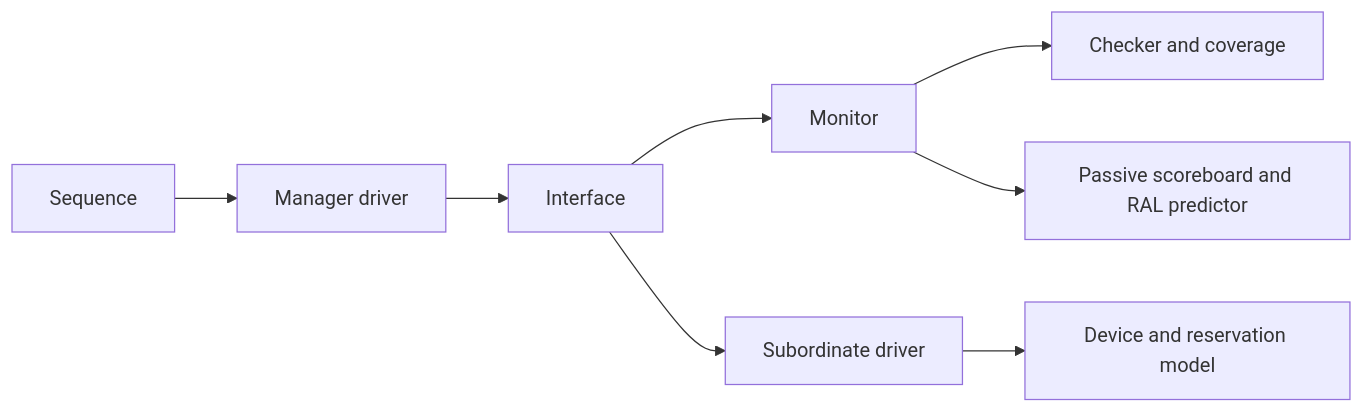
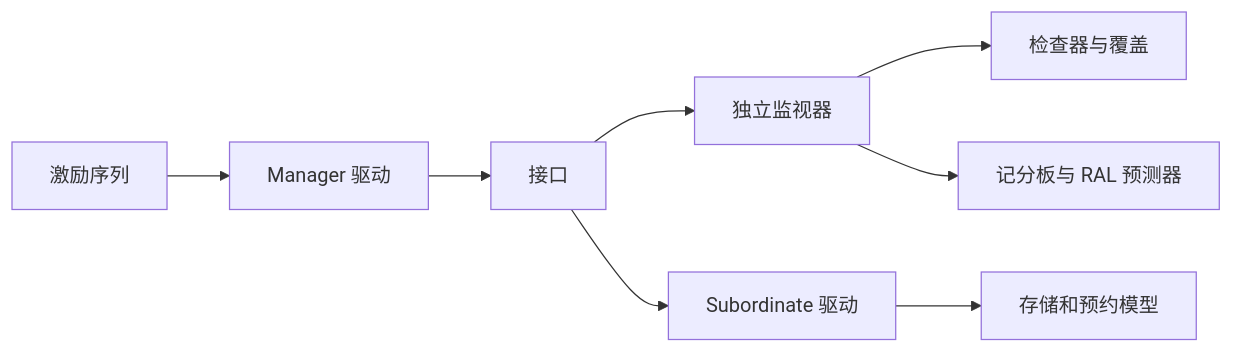
Before and after one commit to boyangwang1991-design/aixsilicon_vip_repo: the diagram in vip/amba/ahb/docs/architecture.md, drawn with Mermaid. The commit also changed other lines of this file and 1207 other files, not shown here.

````diff
--- a/vip/amba/ahb/docs/architecture.md
+++ b/vip/amba/ahb/docs/architecture.md
@@ -8,7 +13,7 @@
 ```mermaid
 flowchart LR
- S[Sequence] --> D[Manager driver] --> I[Interface]
- I --> M[Monitor] --> C[Checker and coverage]
- I --> T[Subordinate driver] --> B[Device and reservation model]
- M --> R[Passive scoreboard and RAL predictor]
+ S[激励序列] --> D[Manager 驱动] --> I[接口]
+ I --> M[独立监视器] --> C[检查器与覆盖]
+ I --> T[Subordinate 驱动] --> B[存储和预约模型]
+ M --> R[记分板与 RAL 预测器]
 ```
````
